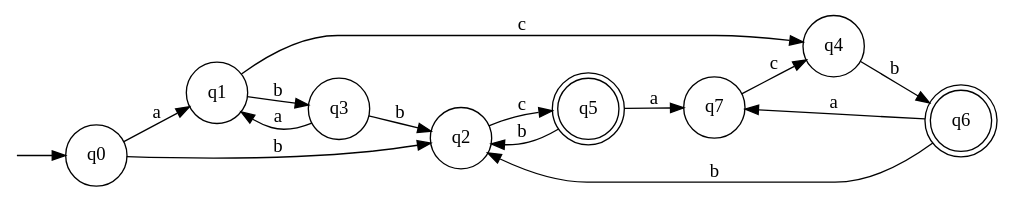
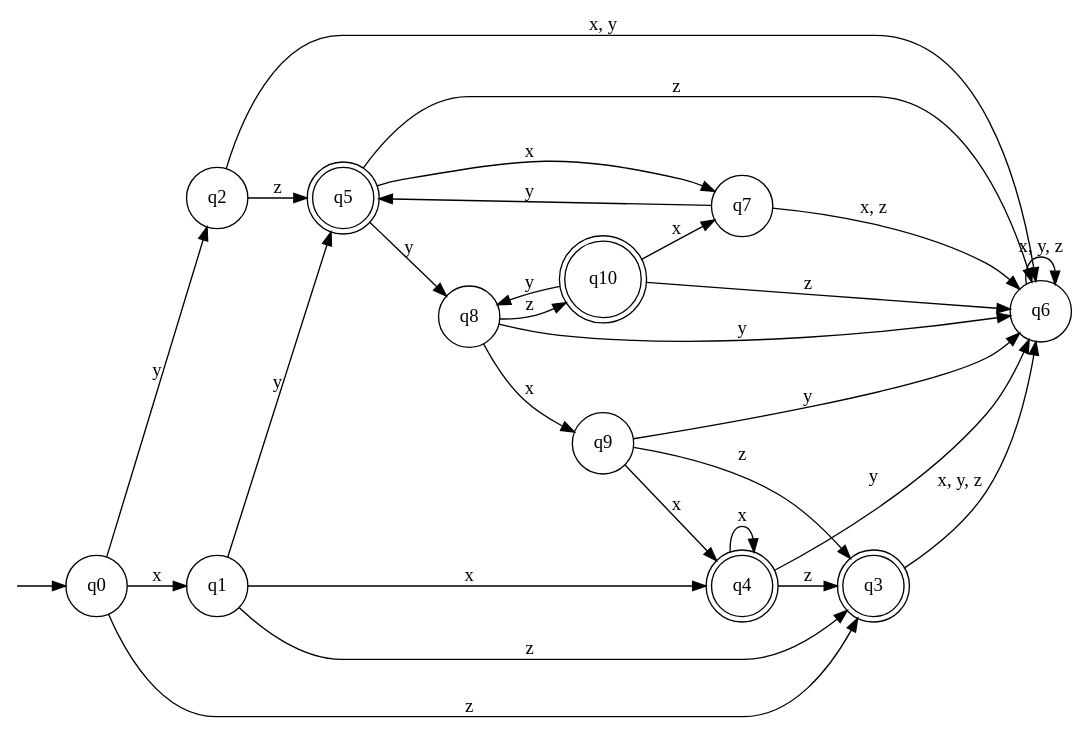
Before and after one commit to water-mizuu/finite_automata_conversion: the diagram in dfa.dot, drawn with Graphviz. The commit also changed 10 other files, not shown here.

```diff
--- a/dfa.dot
+++ b/dfa.dot
@@ -1,26 +1,43 @@
 digraph G {
   rankdir=LR;
   n__ [label="" shape=none width=.0];
   0 [shape=circle label="q0"]
   1 [shape=circle label="q1"]
   2 [shape=circle label="q2"]
-  3 [shape=circle label="q3"]
-  4 [shape=circle label="q4"]
+  3 [shape=doublecircle label="q3"]
+  4 [shape=doublecircle label="q4"]
   5 [shape=doublecircle label="q5"]
-  6 [shape=doublecircle label="q6"]
+  6 [shape=circle label="q6"]
   7 [shape=circle label="q7"]
+  8 [shape=circle label="q8"]
+  9 [shape=circle label="q9"]
+  10 [shape=doublecircle label="q10"]
   n__ -> 0;
-  0 -> 1 [label="a"]
-  0 -> 2 [label="b"]
-  1 -> 3 [label="b"]
-  1 -> 4 [label="c"]
-  2 -> 5 [label="c"]
-  3 -> 1 [label="a"]
-  3 -> 2 [label="b"]
-  4 -> 6 [label="b"]
-  5 -> 7 [label="a"]
-  5 -> 2 [label="b"]
-  6 -> 7 [label="a"]
-  6 -> 2 [label="b"]
-  7 -> 4 [label="c"]
+  0 -> 1 [label="x"]
+  0 -> 2 [label="y"]
+  0 -> 3 [label="z"]
+  1 -> 4 [label="x"]
+  1 -> 5 [label="y"]
+  1 -> 3 [label="z"]
+  2 -> 6 [label="x, y"]
+  2 -> 5 [label="z"]
+  3 -> 6 [label="x, y, z"]
+  4 -> 4 [label="x"]
+  4 -> 6 [label="y"]
+  4 -> 3 [label="z"]
+  5 -> 7 [label="x"]
+  5 -> 8 [label="y"]
+  5 -> 6 [label="z"]
+  6 -> 6 [label="x, y, z"]
+  7 -> 6 [label="x, z"]
+  7 -> 5 [label="y"]
+  8 -> 9 [label="x"]
+  8 -> 6 [label="y"]
+  8 -> 10 [label="z"]
+  9 -> 4 [label="x"]
+  9 -> 6 [label="y"]
+  9 -> 3 [label="z"]
+  10 -> 7 [label="x"]
+  10 -> 8 [label="y"]
+  10 -> 6 [label="z"]
 }
```
